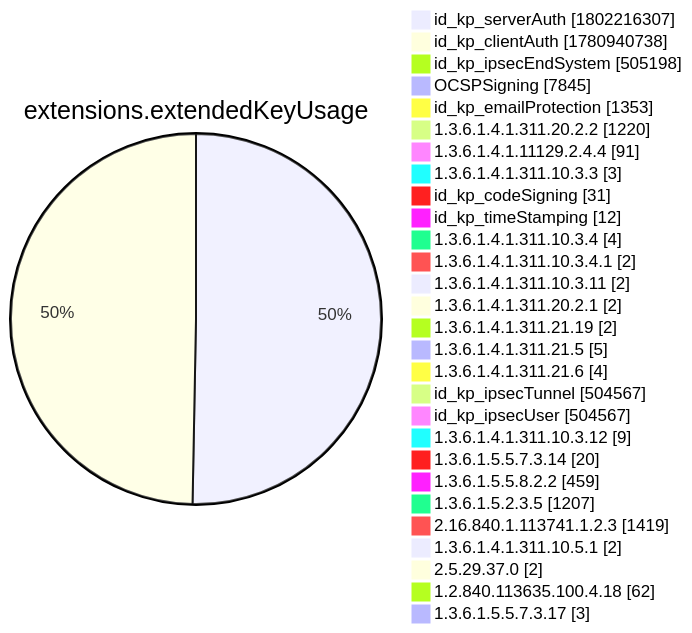
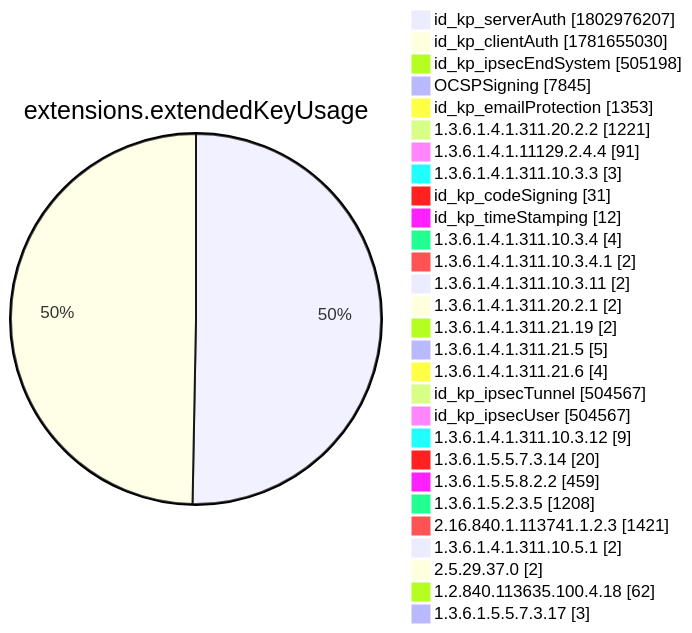
Before and after one commit to christiankrug/ctmonitor_visualization: diagram 12 of 15 in xenon2022/README.md, drawn with Mermaid. The commit also changed other lines of this file, not shown here.

````diff
--- a/xenon2022/README.md
+++ b/xenon2022/README.md
@@ -3895,32 +3895,32 @@
 ```mermaid
 pie showData
 title extensions.extendedKeyUsage
-"id_kp_serverAuth" :1802216307
-"id_kp_clientAuth" :1780940738
+"id_kp_serverAuth" :1802976207
+"id_kp_clientAuth" :1781655030
 "id_kp_ipsecEndSystem" :505198
 "OCSPSigning" :7845
 "id_kp_emailProtection" :1353
-"1.3.6.1.4.1.311.20.2.2" :1220
+"1.3.6.1.4.1.311.20.2.2" :1221
 "1.3.6.1.4.1.11129.2.4.4" :91
 "1.3.6.1.4.1.311.10.3.3" :3
 "id_kp_codeSigning" :31
 "id_kp_timeStamping" :12
 "1.3.6.1.4.1.311.10.3.4" :4
 "1.3.6.1.4.1.311.10.3.4.1" :2
 "1.3.6.1.4.1.311.10.3.11" :2
 "1.3.6.1.4.1.311.20.2.1" :2
 "1.3.6.1.4.1.311.21.19" :2
 "1.3.6.1.4.1.311.21.5" :5
 "1.3.6.1.4.1.311.21.6" :4
 "id_kp_ipsecTunnel" :504567
 "id_kp_ipsecUser" :504567
 "1.3.6.1.4.1.311.10.3.12" :9
 "1.3.6.1.5.5.7.3.14" :20
 "1.3.6.1.5.5.8.2.2" :459
-"1.3.6.1.5.2.3.5" :1207
-"2.16.840.1.113741.1.2.3" :1419
+"1.3.6.1.5.2.3.5" :1208
+"2.16.840.1.113741.1.2.3" :1421
 "1.3.6.1.4.1.311.10.5.1" :2
 "2.5.29.37.0" :2
 "1.2.840.113635.100.4.18" :62
 "1.3.6.1.5.5.7.3.17" :3
 ```
````
